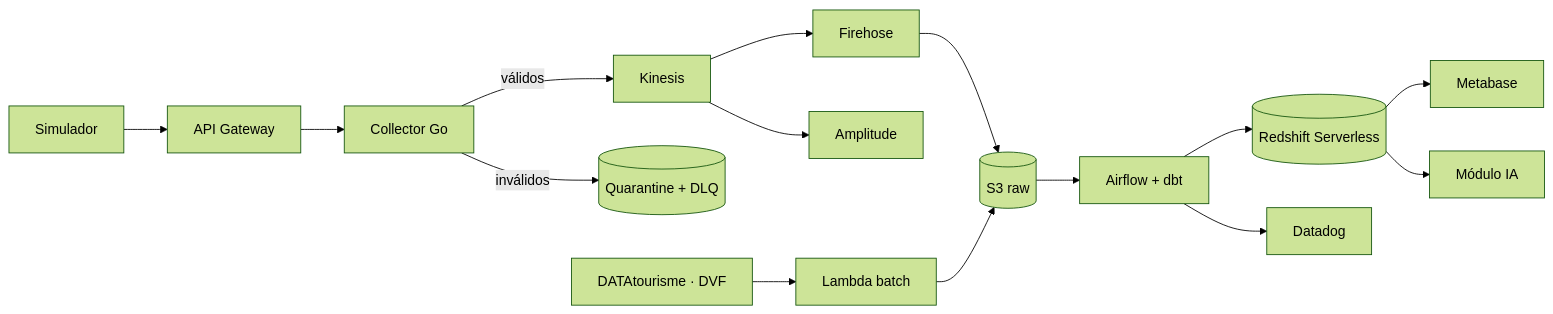
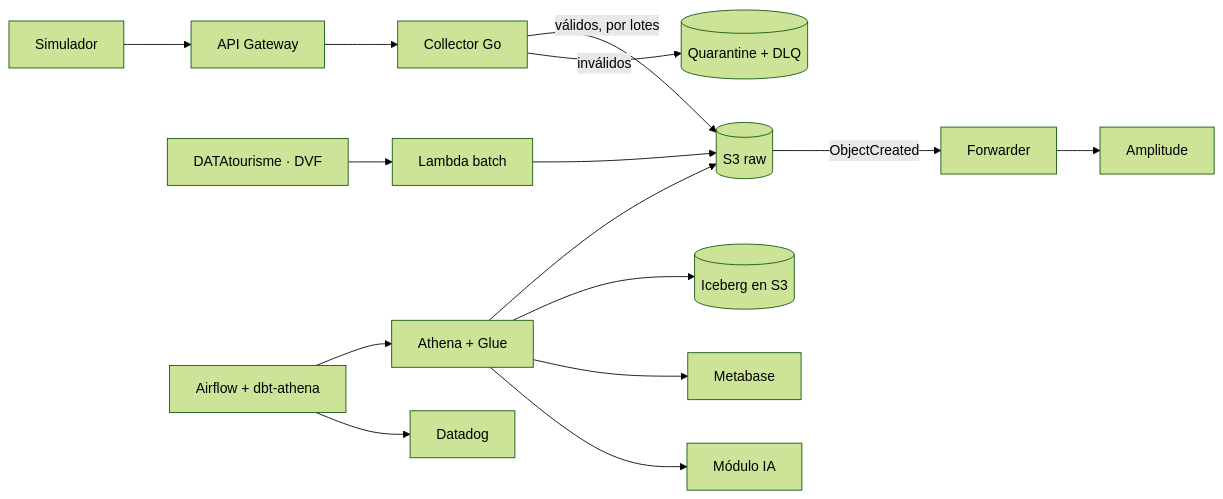
The diagram in README.md (javiladino/trueflow), drawn with Mermaid (forest theme) before and after one commit. The commit also changed other lines of this file and 10 other files, not shown here.

Commit message:
docs: adopt S3 lakehouse architecture (ADR 0001) and align CLAUDE.md with design-memory

````diff
--- a/README.md
+++ b/README.md
@@ -17,12 +18,14 @@
 ```mermaid
 flowchart LR
     SIM[Simulador] --> APIGW[API Gateway] --> COL[Collector Go]
-    COL -->|válidos| KDS[Kinesis] --> FH[Firehose] --> RAW[(S3 raw)]
+    COL -->|válidos, por lotes| RAW[(S3 raw)]
     COL -->|inválidos| Q[(Quarantine + DLQ)]
-    KDS --> AMP[Amplitude]
+    RAW -->|ObjectCreated| FWD[Forwarder] --> AMP[Amplitude]
     SRC[DATAtourisme · DVF] --> BI[Lambda batch] --> RAW
-    RAW --> AF[Airflow + dbt] --> RS[(Redshift Serverless)]
-    RS --> MB[Metabase]
-    RS --> AI[Módulo IA]
+    AF[Airflow + dbt-athena] --> ATH[Athena + Glue]
+    ATH --> RAW
+    ATH --> ICE[(Iceberg en S3)]
+    ATH --> MB[Metabase]
+    ATH --> AI[Módulo IA]
     AF --> DD[Datadog]
 ```
````
